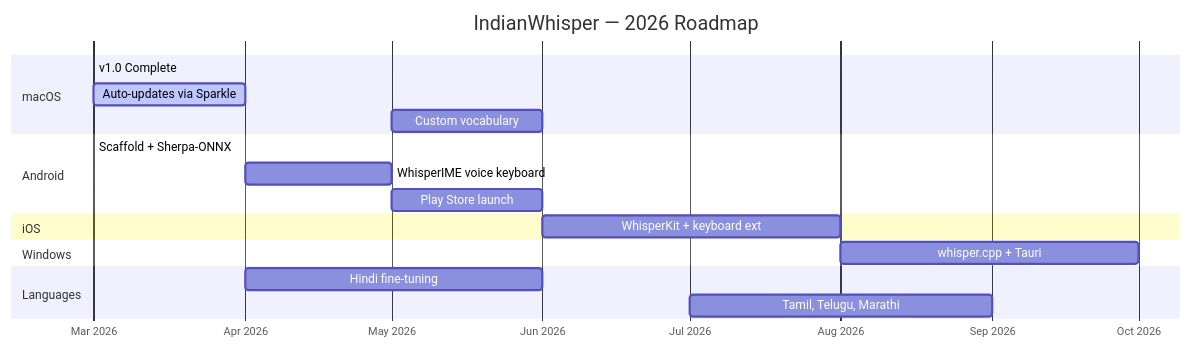
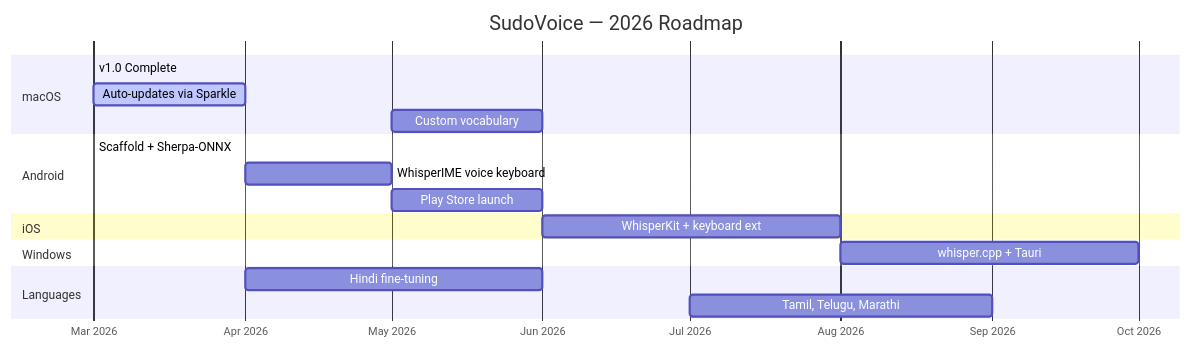
Before and after one commit to Sudo-vishal/sudo-voice: diagram 16 of 17 in README.md, drawn with Mermaid. The commit also changed other lines of this file and 33 other files, not shown here.

First line of the commit message:
Rebrand IndianWhisper to SudoVoice

````diff
--- a/README.md
+++ b/README.md
@@ -615,26 +615,26 @@
 ```mermaid
 gantt
-    title IndianWhisper — 2026 Roadmap
+    title SudoVoice — 2026 Roadmap
     dateFormat YYYY-MM
     axisFormat %b %Y
 
     section macOS
     v1.0 Complete                    :done, mac1, 2026-03, 2026-03
     Auto-updates via Sparkle         :active, mac2, 2026-03, 2026-04
     Custom vocabulary                :mac3, 2026-05, 2026-06
 
     section Android
     Scaffold + Sherpa-ONNX           :done, and1, 2026-03, 2026-03
     WhisperIME voice keyboard        :and2, 2026-04, 2026-05
     Play Store launch                :and3, 2026-05, 2026-06
 
     section iOS
     WhisperKit + keyboard ext        :ios1, 2026-06, 2026-08
 
     section Windows
     whisper.cpp + Tauri              :win1, 2026-08, 2026-10
 
     section Languages
     Hindi fine-tuning                :lang1, 2026-04, 2026-06
     Tamil, Telugu, Marathi           :lang2, 2026-07, 2026-09
 ```
````
